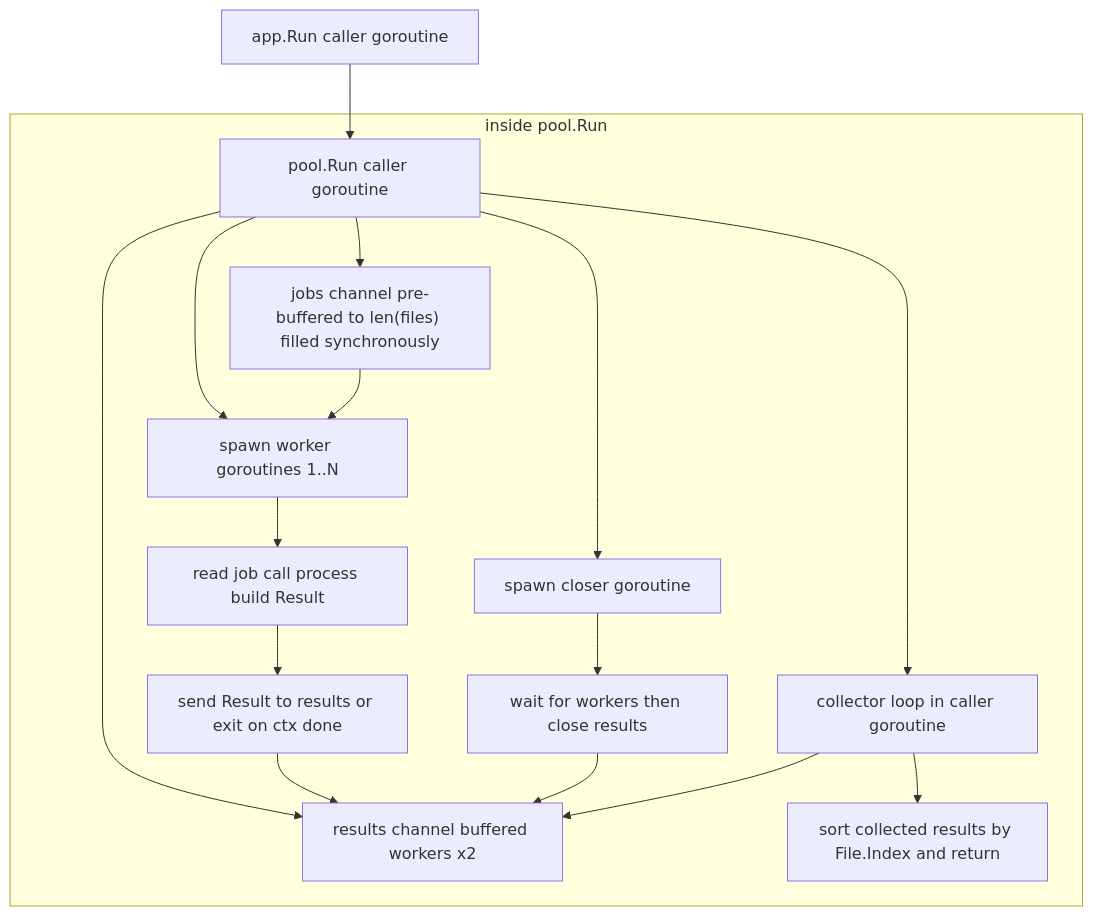
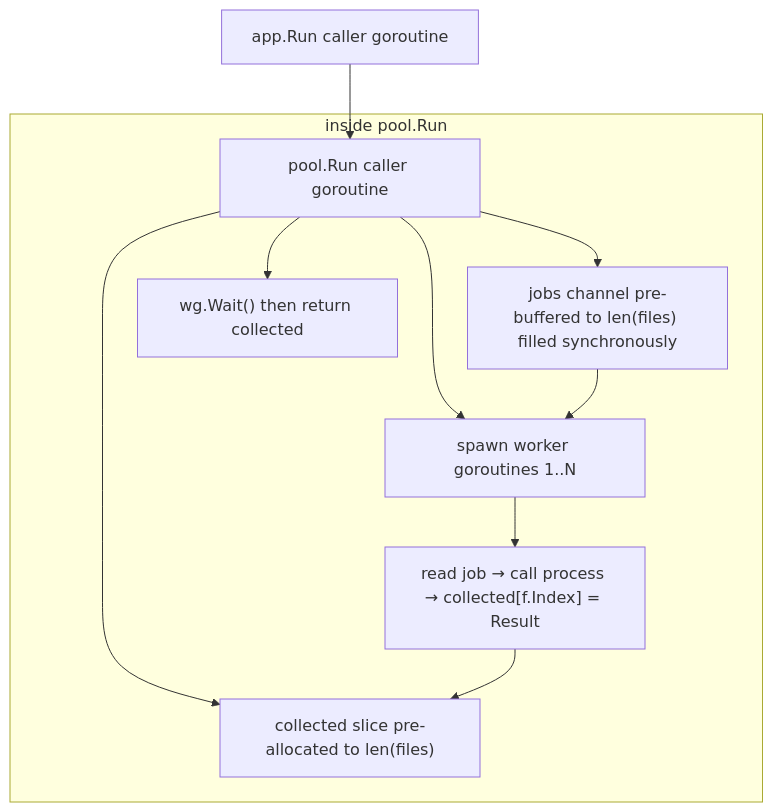
The second of 2 diagrams in docs/ARCHITECTURE.md (DaniilHarik/gpx-merge), drawn with Mermaid before and after one commit. The commit also changed other lines of this file and 3 other files, not shown here.

Commit message:
feat: Refactor worker pool to write results directly to a pre-allocated slice, eliminating the results channel, collector, and sort.

````diff
--- a/docs/ARCHITECTURE.md
+++ b/docs/ARCHITECTURE.md
@@ -198,24 +147,15 @@
 ```mermaid
 flowchart TD
     A["app.Run caller goroutine"] --> B["pool.Run caller goroutine"]
 
     subgraph PR["inside pool.Run"]
         B --> C["jobs channel pre-buffered to len(files) filled synchronously"]
-        B --> D["results channel buffered workers x2"]
+        B --> E["collected slice pre-allocated to len(files)"]
         B --> F["spawn worker goroutines 1..N"]
-        B --> G["spawn closer goroutine"]
-        B --> H["collector loop in caller goroutine"]
+        B --> H["wg.Wait() then return collected"]
 
         C --> F
-
-        F --> J["read job call process build Result"]
-        J --> K["send Result to results or exit on ctx done"]
-        K --> D
-
-        G --> L["wait for workers then close results"]
-        L --> D
-
-        H --> D
-        H --> M["sort collected results by File.Index and return"]
+        F --> J["read job → call process → collected[f.Index] = Result"]
+        J --> E
     end
 ```
````
